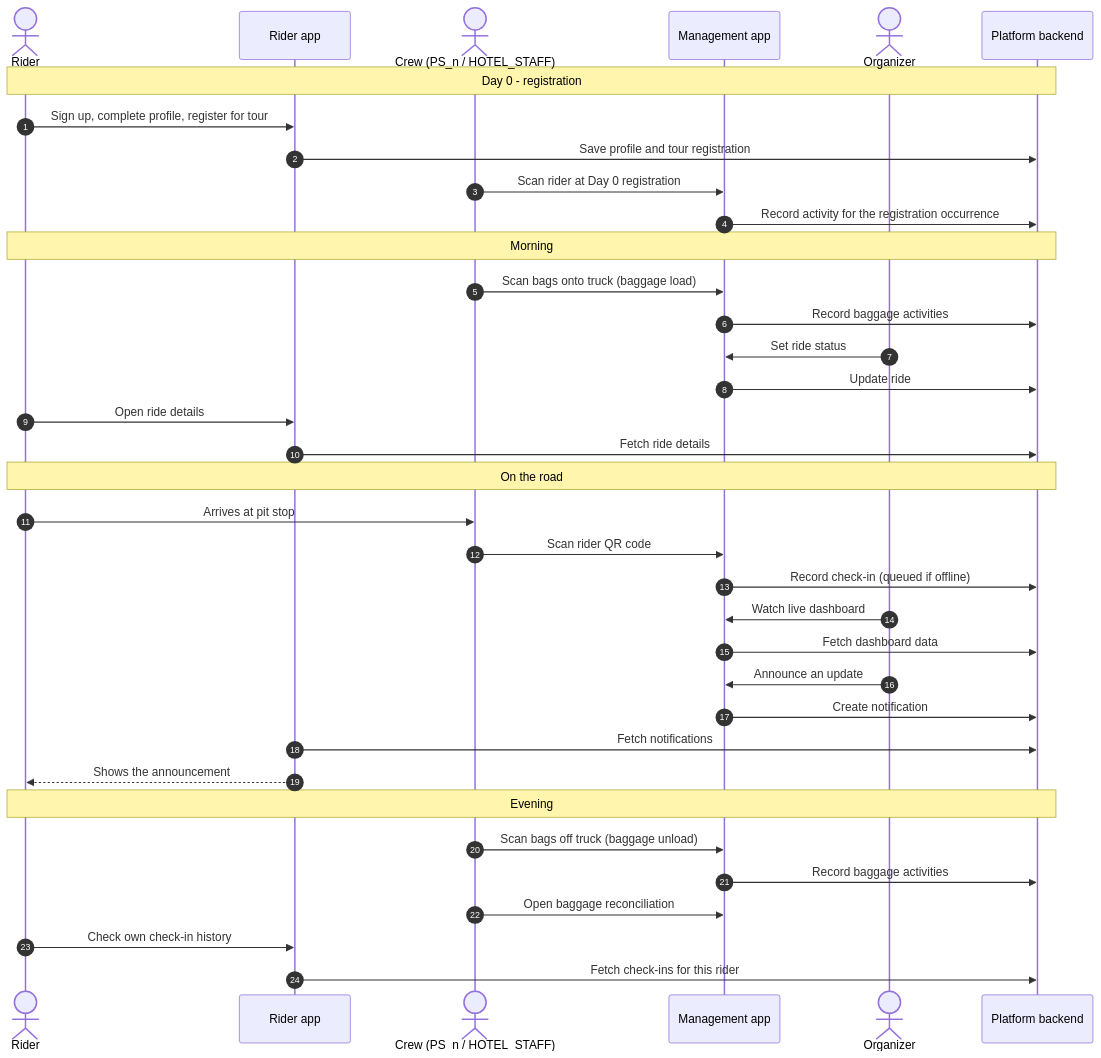
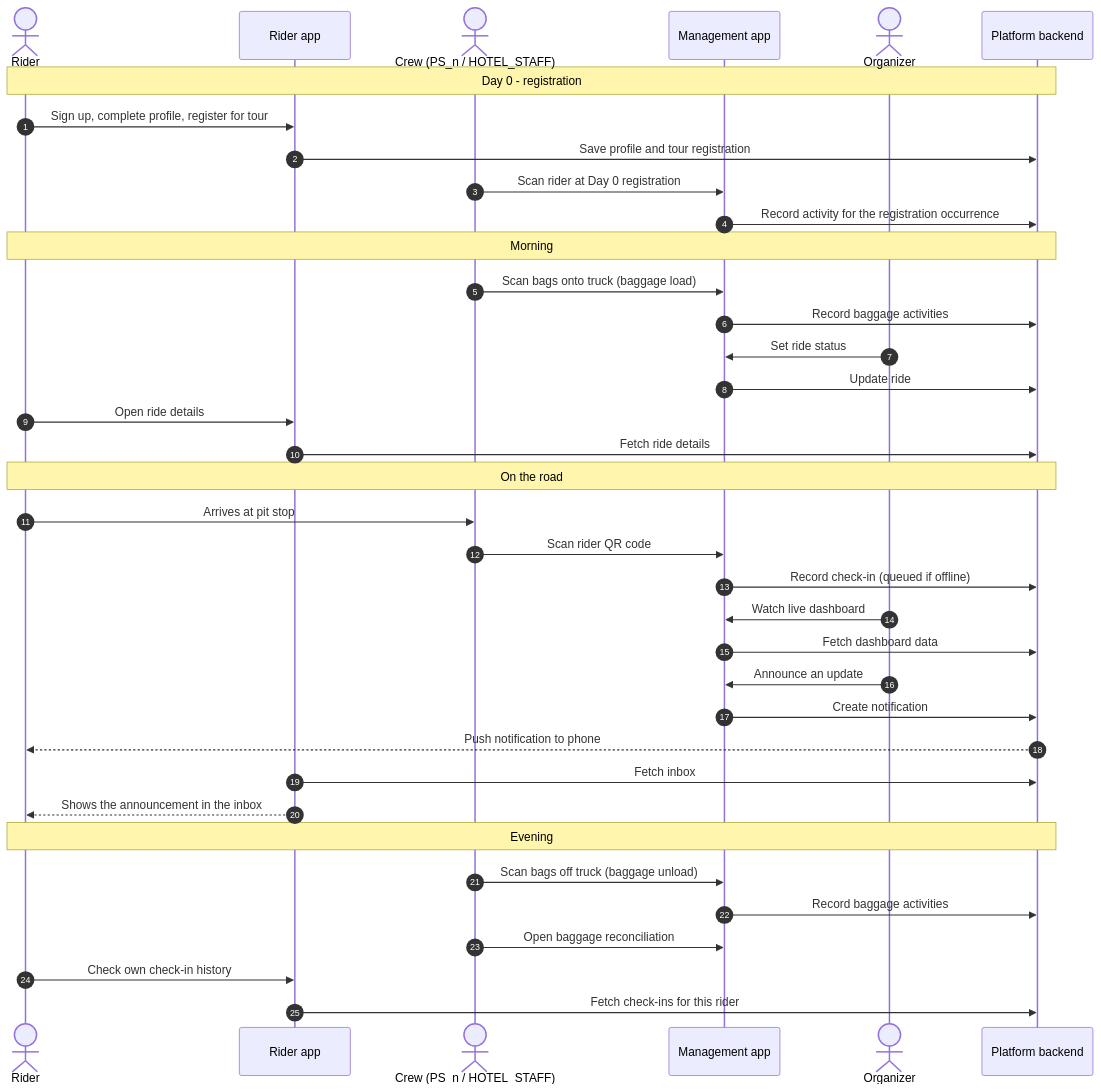
Before and after one commit to kvijay77-in/cycling-tour-platform: the second of 2 diagrams in docs/a-day-on-tour.md, drawn with Mermaid. The commit also changed other lines of this file and 5 other files, not shown here.

Commit message:
Correct Float, Stage, ID/Personal Code definitions; document push + inbox notifications

````diff
--- a/docs/a-day-on-tour.md
+++ b/docs/a-day-on-tour.md
@@ -70,42 +72,43 @@
 ```mermaid
 sequenceDiagram
     autonumber
     actor Rider
     participant RA as Rider app
     actor Crew as Crew (PS_n / HOTEL_STAFF)
     participant MA as Management app
     actor Org as Organizer
     participant BE as Platform backend
 
     Note over Rider,BE: Day 0 - registration
     Rider->>RA: Sign up, complete profile, register for tour
     RA->>BE: Save profile and tour registration
     Crew->>MA: Scan rider at Day 0 registration
     MA->>BE: Record activity for the registration occurrence
 
     Note over Rider,BE: Morning
     Crew->>MA: Scan bags onto truck (baggage load)
     MA->>BE: Record baggage activities
     Org->>MA: Set ride status
     MA->>BE: Update ride
     Rider->>RA: Open ride details
     RA->>BE: Fetch ride details
 
     Note over Rider,BE: On the road
     Rider->>Crew: Arrives at pit stop
     Crew->>MA: Scan rider QR code
     MA->>BE: Record check-in (queued if offline)
     Org->>MA: Watch live dashboard
     MA->>BE: Fetch dashboard data
     Org->>MA: Announce an update
     MA->>BE: Create notification
-    RA->>BE: Fetch notifications
-    RA-->>Rider: Shows the announcement
+    BE-->>Rider: Push notification to phone
+    RA->>BE: Fetch inbox
+    RA-->>Rider: Shows the announcement in the inbox
 
     Note over Rider,BE: Evening
     Crew->>MA: Scan bags off truck (baggage unload)
     MA->>BE: Record baggage activities
     Crew->>MA: Open baggage reconciliation
     Rider->>RA: Check own check-in history
     RA->>BE: Fetch check-ins for this rider
 ```
````
